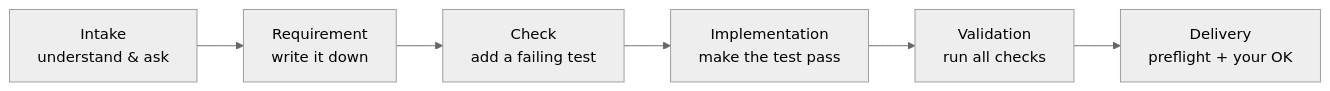
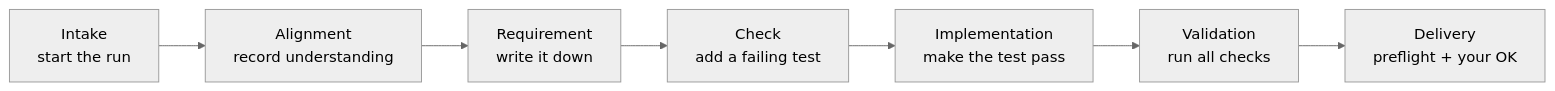
One commit to DDP-Engineering/2026_AudioMancer changed the third of 3 diagrams in .agentic/documents/How_To_Start_A_New_Project.md. Above: the diagram before and after it, drawn with Mermaid (neutral theme). The commit also changed other lines of this file and 66 other files, not shown here.

````diff
--- a/.agentic/documents/How_To_Start_A_New_Project.md
+++ b/.agentic/documents/How_To_Start_A_New_Project.md
@@ -231,8 +235,9 @@
 ```mermaid
 flowchart LR
-  I[Intake<br/>understand & ask] --> R[Requirement<br/>write it down]
+  I[Intake<br/>start the run] --> A[Alignment<br/>record understanding]
+  A --> R[Requirement<br/>write it down]
   R --> C[Check<br/>add a failing test]
   C --> M[Implementation<br/>make the test pass]
   M --> V[Validation<br/>run all checks]
   V --> D[Delivery<br/>preflight + your OK]
 ```
````
